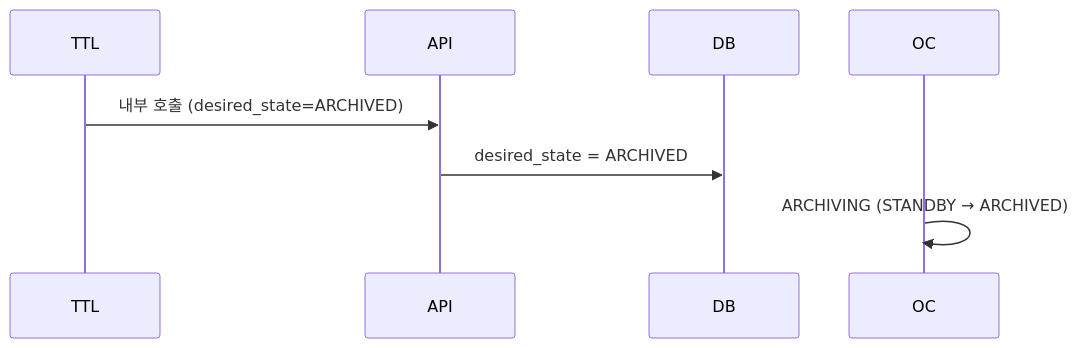
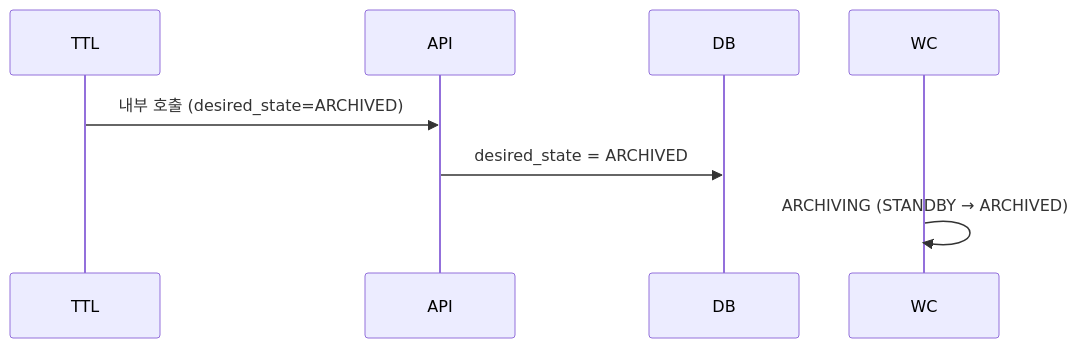
Before and after one commit to cagojeiger/code-hub: the sixth of 7 diagrams in docs/spec_v2/02-states.md, drawn with Mermaid. The commit also changed other lines of this file and 6 other files, not shown here.

````diff
--- a/docs/spec_v2/02-states.md
+++ b/docs/spec_v2/02-states.md
@@ -359,6 +362,6 @@
 ```mermaid
 sequenceDiagram
     TTL->>API: 내부 호출 (desired_state=ARCHIVED)
     API->>DB: desired_state = ARCHIVED
-    OC->>OC: ARCHIVING (STANDBY → ARCHIVED)
+    WC->>WC: ARCHIVING (STANDBY → ARCHIVED)
 ```
````
